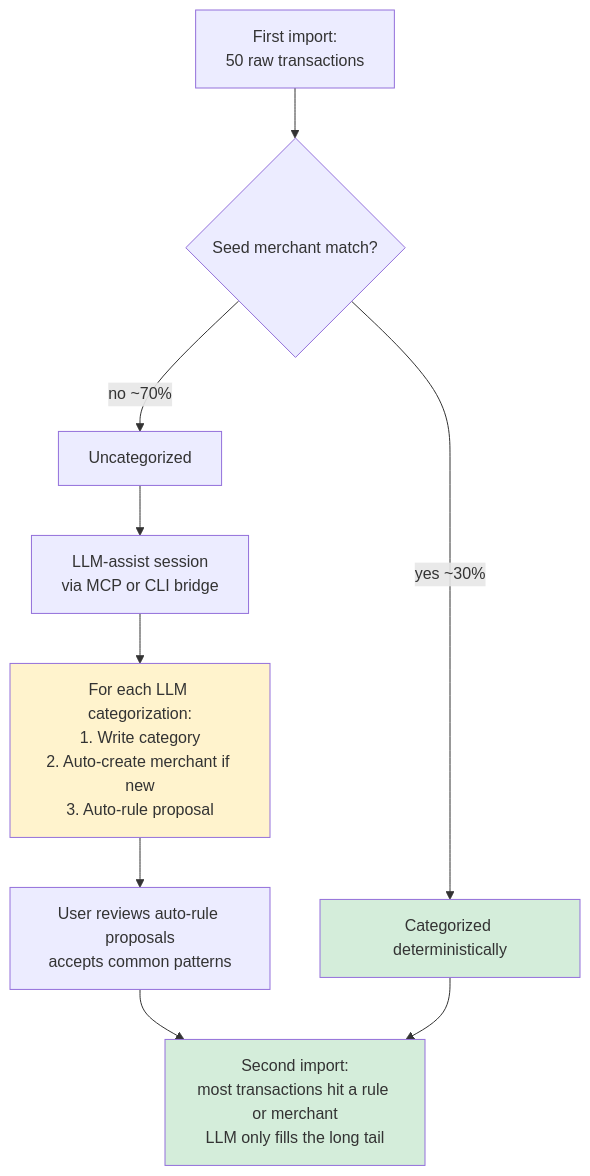
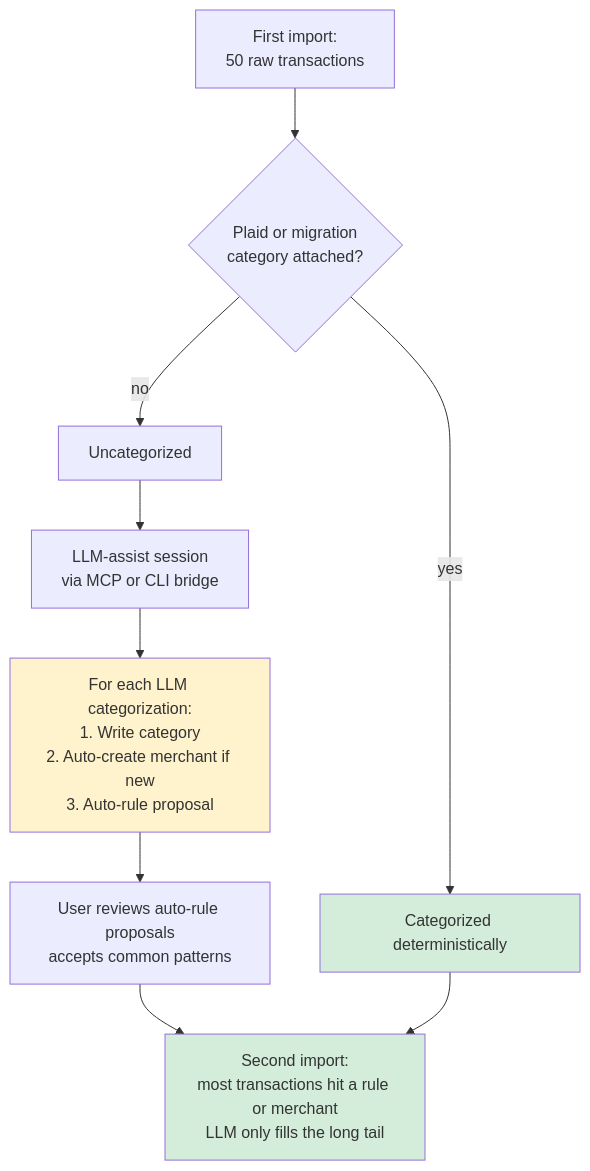
Before and after one commit to bsaffel/moneybin: the second of 8 diagrams in docs/specs/categorization-cold-start.md, drawn with Mermaid. The commit also changed other lines of this file and 35 other files, not shown here.

First line of the commit message:
Drop seed merchant catalogs and `app.merchant_overrides` (#145)

````diff
--- a/docs/specs/categorization-cold-start.md
+++ b/docs/specs/categorization-cold-start.md
@@ -63,15 +65,15 @@
 ```mermaid
 flowchart TD
-    A[First import:<br/>50 raw transactions] --> B{Seed merchant match?}
-    B -->|yes ~30%| C[Categorized deterministically]
-    B -->|no ~70%| D[Uncategorized]
+    A[First import:<br/>50 raw transactions] --> B{Plaid or migration<br/>category attached?}
+    B -->|yes| C[Categorized deterministically]
+    B -->|no| D[Uncategorized]
     D --> E[LLM-assist session<br/>via MCP or CLI bridge]
     E --> F[For each LLM categorization:<br/>1. Write category<br/>2. Auto-create merchant if new<br/>3. Auto-rule proposal]
     F --> G[User reviews auto-rule proposals<br/>accepts common patterns]
     G --> H[Second import:<br/>most transactions hit a rule or merchant<br/>LLM only fills the long tail]
     C --> H
 
     style C fill:#d4edda
     style F fill:#fff3cd
     style H fill:#d4edda
 ```
````
